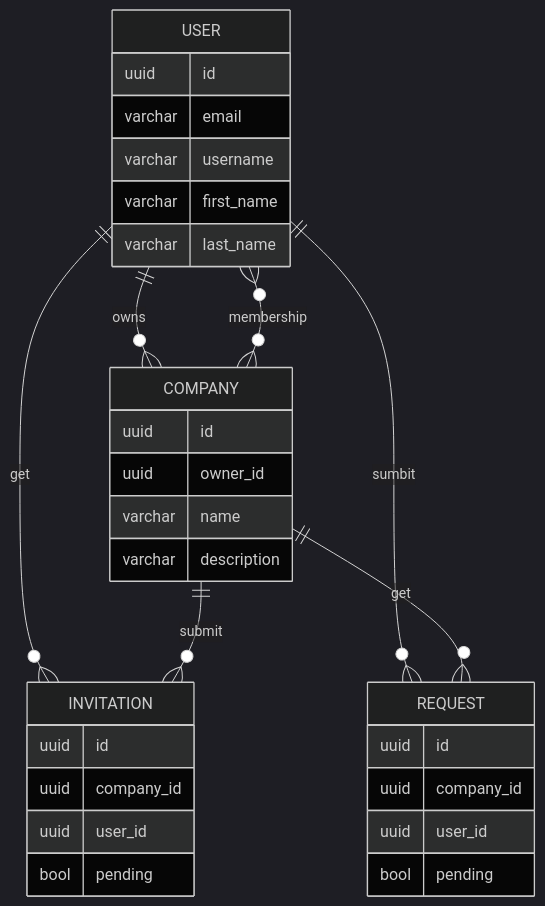
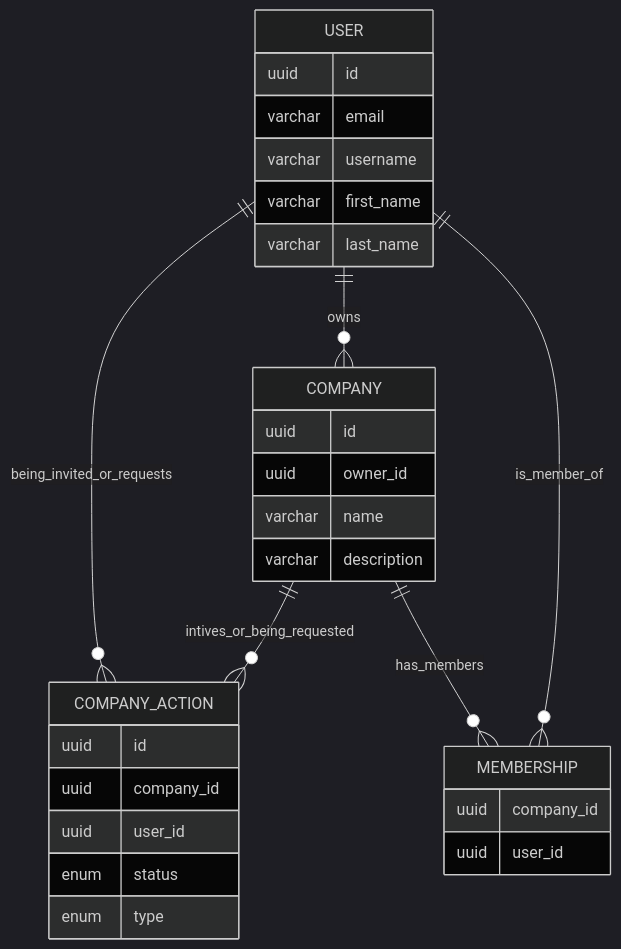
Before and after one commit to zakh-d/python-fs-internship-backend: the diagram in erd.mmd, drawn with Mermaid (dark theme). The commit also changed 1 other file, not shown here.

Commit message:
doc: updated erd

```diff
--- a/erd.mmd
+++ b/erd.mmd
@@ -1,33 +1,31 @@
 erDiagram
+    USER ||--o{ COMPANY_ACTION: being_invited_or_requests
     USER ||--o{ COMPANY: owns
-    USER ||--o{ INVITATION: get
-    USER ||--o{ REQUEST: sumbit
-    USER }o--o{ COMPANY: membership
+    USER ||--o{ MEMBERSHIP: is_member_of
     USER {
         uuid id
         varchar email
         varchar username
         varchar first_name
         varchar last_name
     }
 
-    COMPANY ||--o{ INVITATION: submit
-    COMPANY ||--o{ REQUEST: get
+    COMPANY ||--o{ COMPANY_ACTION: intives_or_being_requested
+    COMPANY ||--o{ MEMBERSHIP: has_members
     COMPANY {
         uuid id
         uuid owner_id
         varchar name
         varchar description
     }
-    INVITATION {
+    COMPANY_ACTION {
         uuid id
         uuid company_id
         uuid user_id
-        bool pending
+        enum status
+        enum type
     }
-    REQUEST {
-        uuid id
+    MEMBERSHIP {
         uuid company_id
         uuid user_id
-        bool pending   
     }
```
